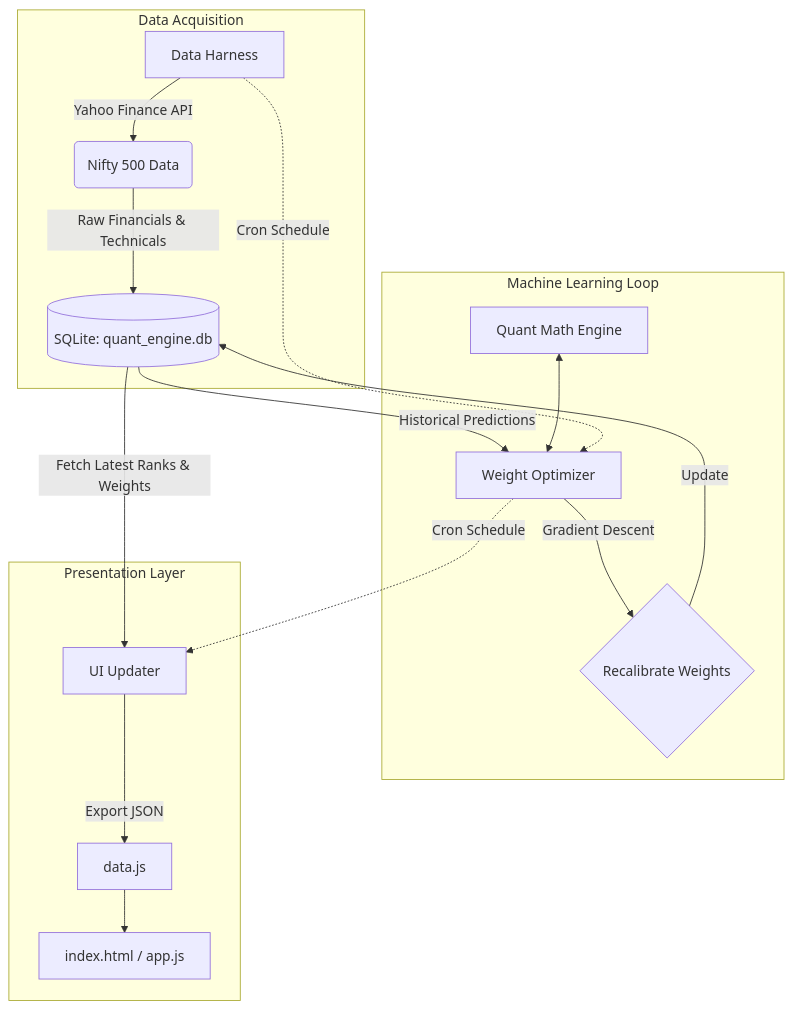
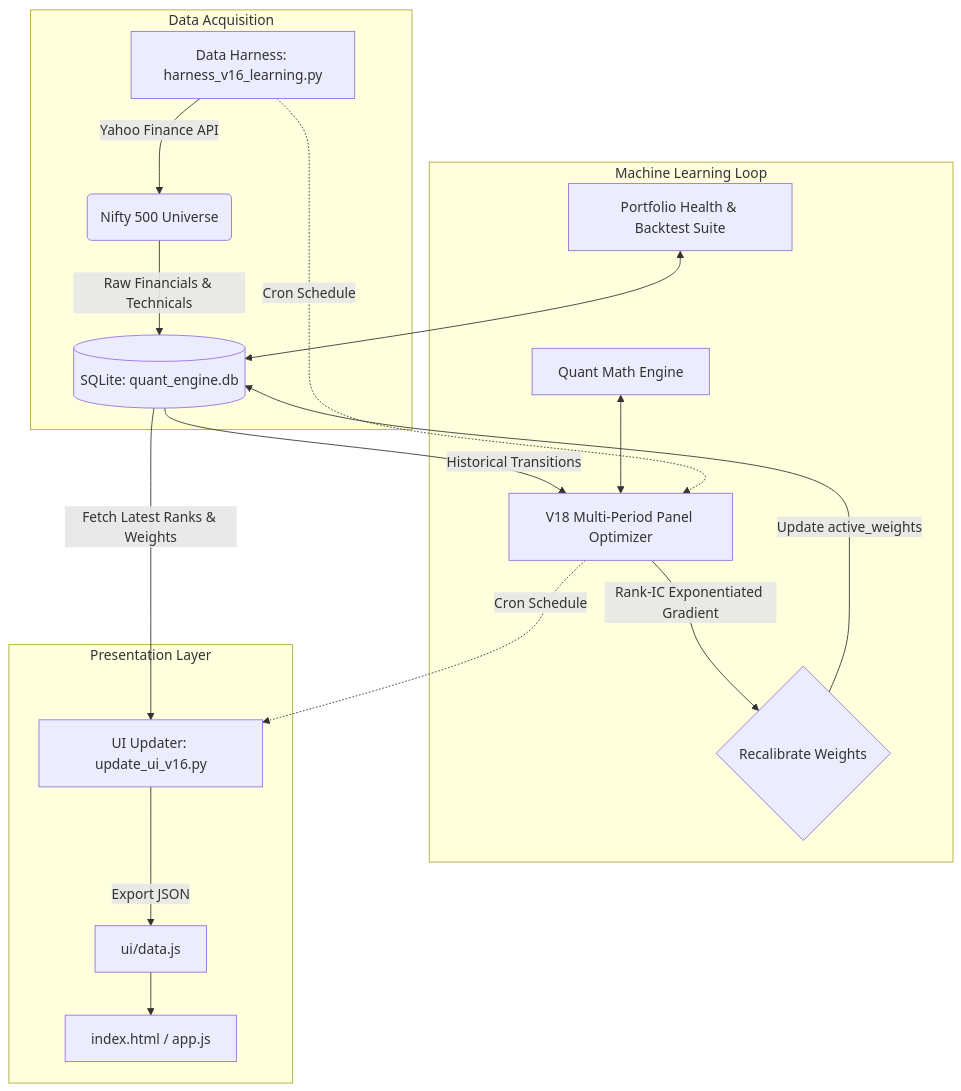
The diagram in README.md (saurabnigam/multi-bagger-stocks-ml-train-loop), drawn with Mermaid before and after one commit. The commit also changed other lines of this file and 2 other files, not shown here.

````diff
--- a/README.md
+++ b/README.md
@@ -17,23 +23,24 @@
 ```mermaid
 graph TD
     subgraph Data Acquisition
-        H[Data Harness] -->|Yahoo Finance API| S(Nifty 500 Data)
+        H[Data Harness: harness_v16_learning.py] -->|Yahoo Finance API| S(Nifty 500 Universe)
         S --> |Raw Financials & Technicals| DB[(SQLite: quant_engine.db)]
     end
 
     subgraph Machine Learning Loop
-        DB -->|Historical Predictions| O[Weight Optimizer]
-        O -->|Gradient Descent| O2{Recalibrate Weights}
-        O2 -->|Update| DB
+        DB -->|Historical Transitions| O[V18 Multi-Period Panel Optimizer]
+        O -->|Rank-IC Exponentiated Gradient| O2{Recalibrate Weights}
+        O2 -->|Update active_weights| DB
         M[Quant Math Engine] <--> O
+        E[Portfolio Health & Backtest Suite] <--> DB
     end
 
     subgraph Presentation Layer
-        DB -->|Fetch Latest Ranks & Weights| U[UI Updater]
-        U -->|Export JSON| JS[data.js]
+        DB -->|Fetch Latest Ranks & Weights| U[UI Updater: update_ui_v16.py]
+        U -->|Export JSON| JS[ui/data.js]
         JS --> UI[index.html / app.js]
     end
 
     H -.->|Cron Schedule| O
     O -.->|Cron Schedule| U
 ```
````
